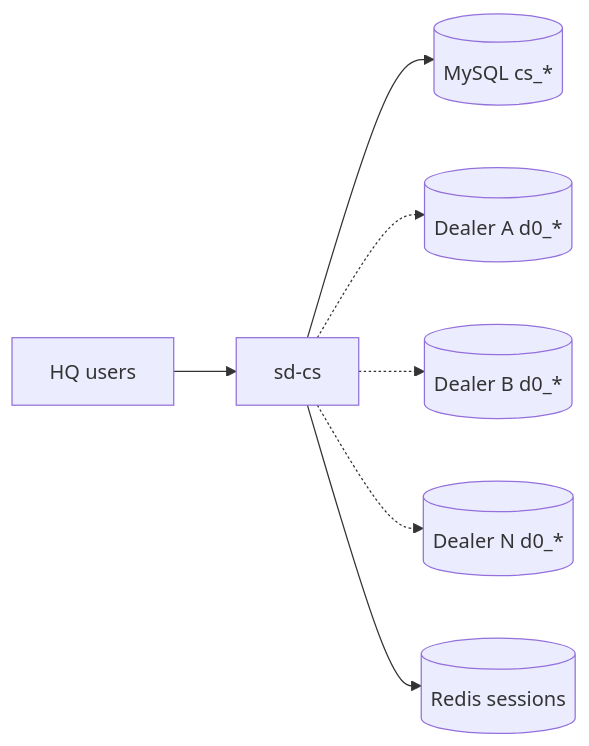
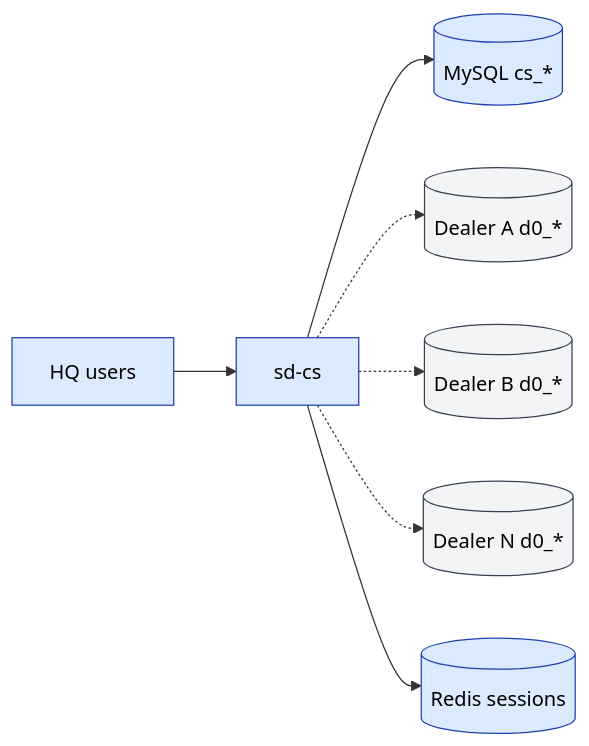
One commit to jamshidtulaganov/sd-doc changed the diagram in docs/sd-cs/overview.md. Above: the diagram before and after it, drawn with Mermaid. The commit also changed 21 other files, not shown here.

````diff
--- a/docs/sd-cs/overview.md
+++ b/docs/sd-cs/overview.md
@@ -74,9 +74,15 @@
 ```mermaid
 flowchart LR
   HQ[HQ users] --> APP[sd-cs]
   APP --> OWN[(MySQL cs_*)]
   APP -.-> D1[(Dealer A d0_*)]
   APP -.-> D2[(Dealer B d0_*)]
   APP -.-> DN[(Dealer N d0_*)]
   APP --> RD[(Redis sessions)]
+
+  class HQ,APP,OWN,RD action
+  class D1,D2,DN external
+  classDef action   fill:#dbeafe,stroke:#1e40af,color:#000
+  classDef external fill:#f3f4f6,stroke:#374151,color:#000
+  classDef cron     fill:#ede9fe,stroke:#6d28d9,color:#000
 ```
````
